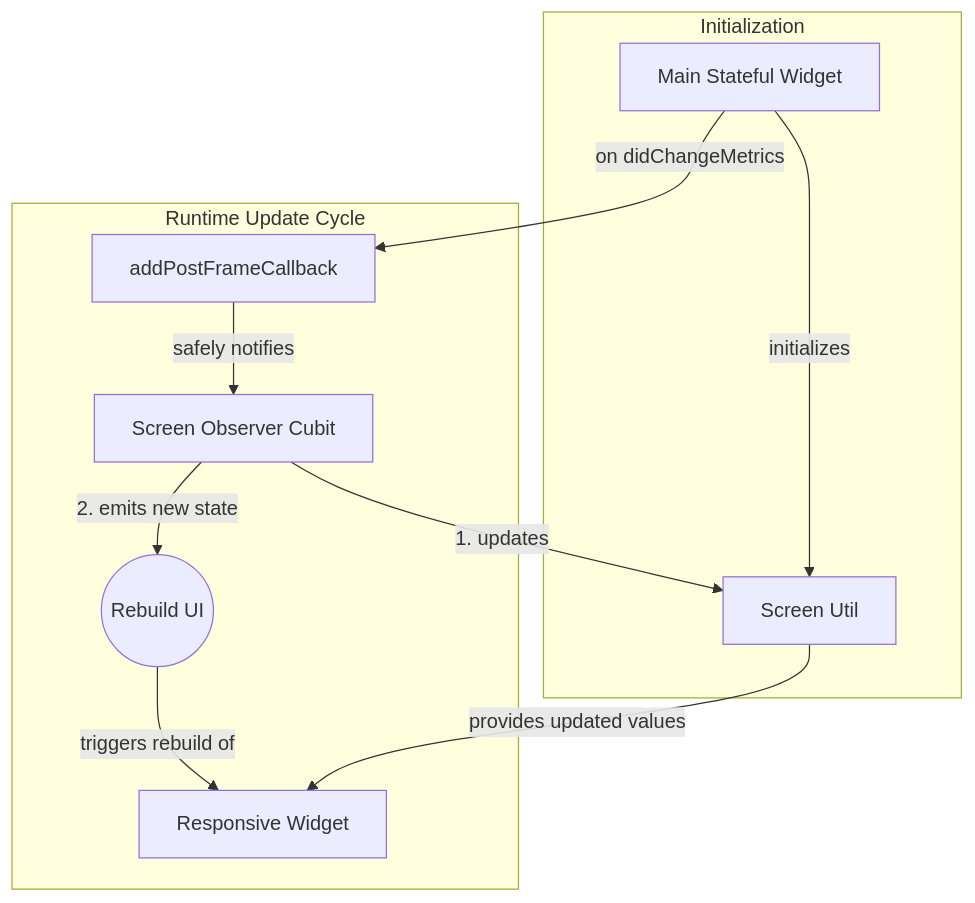
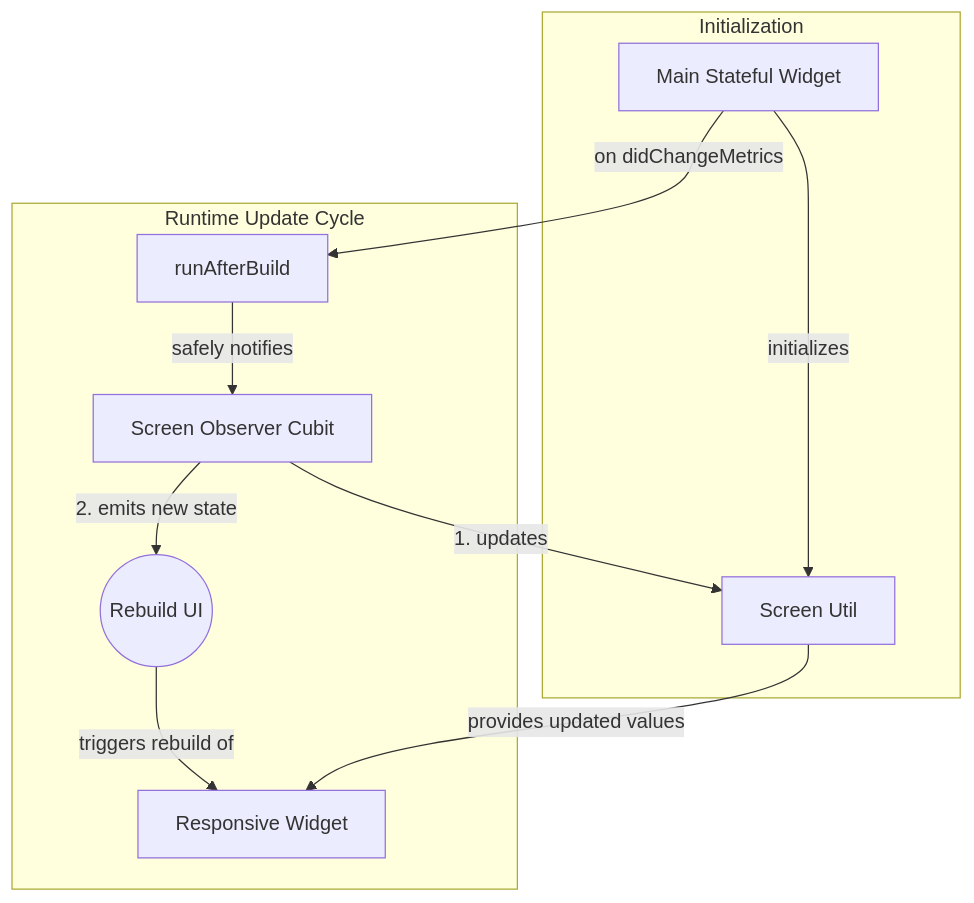
One commit to gaurishankar007/Flutter-Clean-Architecture changed the first of 3 diagrams in README.md. Above: the diagram before and after it, drawn with Mermaid. The commit also changed other lines of this file and 74 other files, not shown here.

````diff
--- a/README.md
+++ b/README.md
@@ -265,15 +269,15 @@
 ```mermaid
 graph TD
     subgraph Initialization
         A[Main Stateful Widget] -- initializes --> B[Screen Util]
     end
 
     subgraph "Runtime Update Cycle"
-        A -- "on didChangeMetrics" --> C["addPostFrameCallback"]
+        A -- "on didChangeMetrics" --> C["runAfterBuild"]
         C -- "safely notifies" --> D[Screen Observer Cubit]
         D -- "1. updates" --> B
         D -- "2. emits new state" --> E((Rebuild UI))
         E -- triggers rebuild of --> F[Responsive Widget]
         B -- provides updated values --> F
     end
 ```
````
